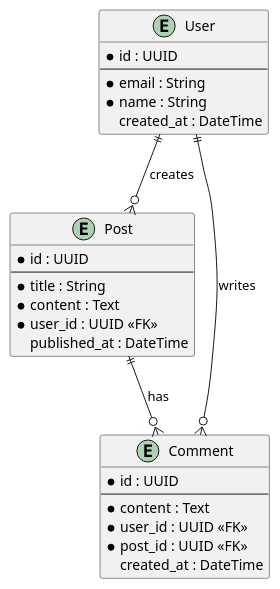
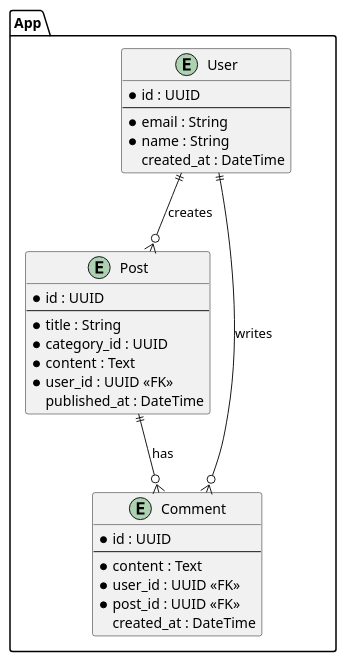
Before and after one commit to wallwhite/hyperion-docs: the diagram in apps/docs/diagrams/erd.puml, drawn with PlantUML. The commit also changed 3 other files, not shown here.

```diff
--- a/apps/docs/diagrams/erd.puml
+++ b/apps/docs/diagrams/erd.puml
@@ -1,31 +1,34 @@
 @startuml
-entity User {
-  * id : UUID
-  --
-  * email : String
-  * name : String
-  created_at : DateTime
+package App as App {
+  entity User {
+    * id : UUID
+    --
+    * email : String
+    * name : String
+    created_at : DateTime
+  }
+
+  entity Post {
+    * id : UUID
+    --
+    * title : String
+    * category_id : UUID
+    * content : Text
+    * user_id : UUID <<FK>>
+    published_at : DateTime
+  }
+
+  entity Comment {
+    * id : UUID
+    --
+    * content : Text
+    * user_id : UUID <<FK>>
+    * post_id : UUID <<FK>>
+    created_at : DateTime
+  }
+
+  User ||--o{ Post : "creates"
+  User ||--o{ Comment : "writes"
+  Post ||--o{ Comment : "has"
 }
-
-entity Post {
-  * id : UUID
-  --
-  * title : String
-  * content : Text
-  * user_id : UUID <<FK>>
-  published_at : DateTime
-}
-
-entity Comment {
-  * id : UUID
-  --
-  * content : Text
-  * user_id : UUID <<FK>>
-  * post_id : UUID <<FK>>
-  created_at : DateTime
-}
-
-User ||--o{ Post : "creates"
-User ||--o{ Comment : "writes"
-Post ||--o{ Comment : "has"
 @enduml
```
